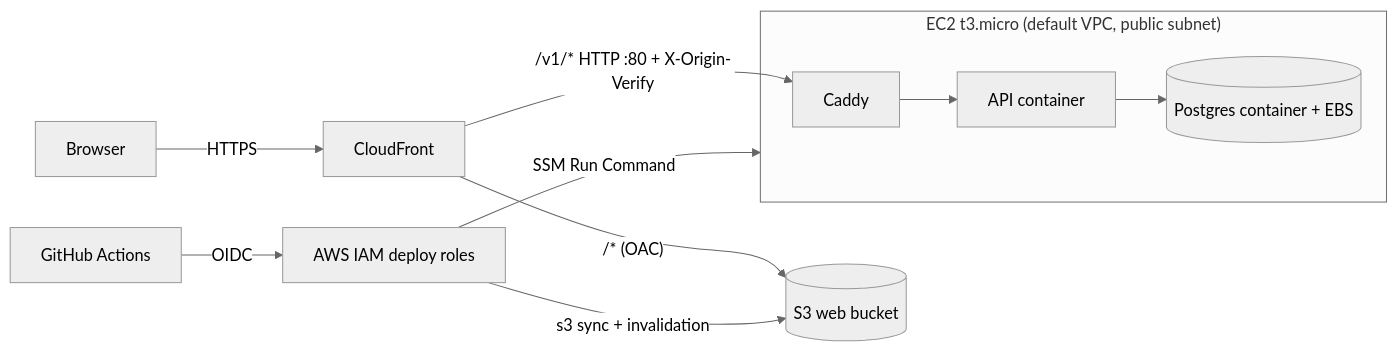
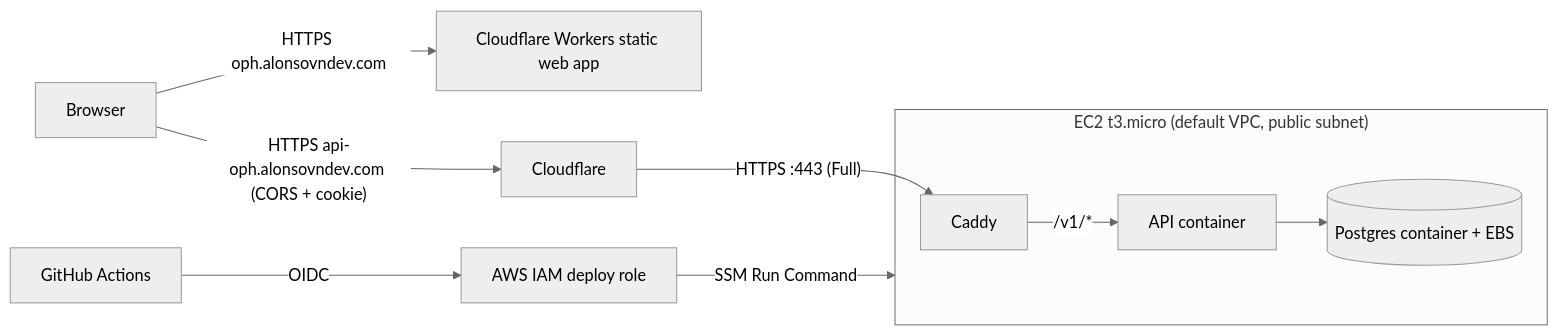
One commit to alonsovndev/open-projects-hub-docs changed the diagram in docs/03-architecture/ops/deployment-architecture.md. Above: the diagram before and after it, drawn with Mermaid (neutral theme). The commit also changed other lines of this file and 1 other file, not shown here.

Commit message:
docs(architecture): describe the API-only host and cross-origin deployment

````diff
--- a/docs/03-architecture/ops/deployment-architecture.md
+++ b/docs/03-architecture/ops/deployment-architecture.md
@@ -69,13 +70,12 @@
 ```mermaid
 flowchart LR
-    Browser -->|HTTPS| CloudFront
-    CloudFront -->|"/* (OAC)"| S3[(S3 web bucket)]
-    CloudFront -->|"/v1/* HTTP :80 + X-Origin-Verify"| Caddy
+    Browser -->|"HTTPS oph.alonsovndev.com"| Workers[Cloudflare Workers static web app]
+    Browser -->|"HTTPS api-oph.alonsovndev.com (CORS + cookie)"| Cloudflare
+    Cloudflare -->|"HTTPS :443 (Full)"| Caddy
     subgraph EC2["EC2 t3.micro (default VPC, public subnet)"]
-        Caddy --> API[API container]
+        Caddy -->|"/v1/*"| API[API container]
         API --> Postgres[(Postgres container + EBS)]
     end
-    GitHub[GitHub Actions] -->|OIDC| IAM[AWS IAM deploy roles]
+    GitHub[GitHub Actions] -->|OIDC| IAM[AWS IAM deploy role]
     IAM -->|SSM Run Command| EC2
-    IAM -->|s3 sync + invalidation| S3
 ```
````
